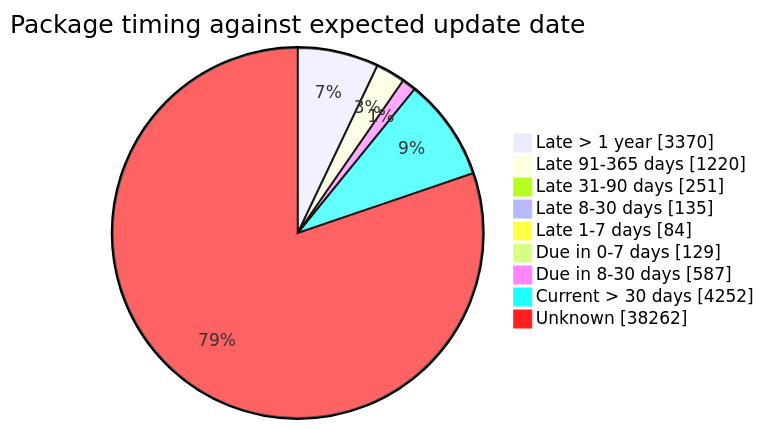
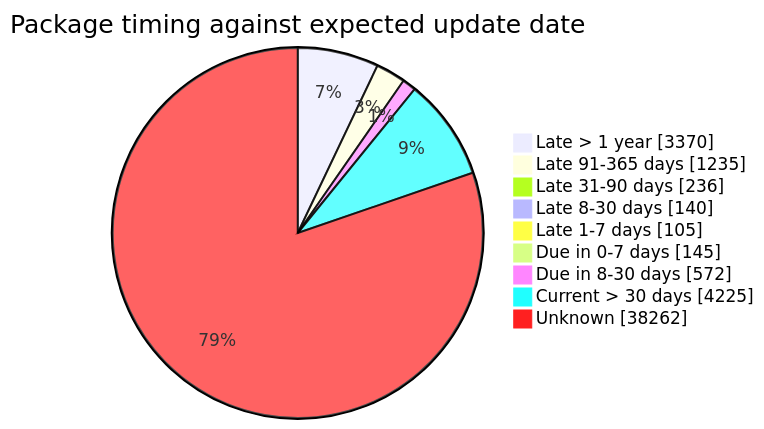
Before and after one commit to open-data/analytics-corporate-reporting: the fourth of 5 diagrams in FreshCheck/README.md, drawn with Mermaid. The commit also changed other lines of this file and 3 other files, not shown here.

````diff
--- a/FreshCheck/README.md
+++ b/FreshCheck/README.md
@@ -86,12 +86,12 @@
 ```mermaid
 pie showData title Package timing against expected update date
     "Late > 1 year": 3370
-    "Late 91-365 days": 1220
-    "Late 31-90 days": 251
-    "Late 8-30 days": 135
-    "Late 1-7 days": 84
-    "Due in 0-7 days": 129
-    "Due in 8-30 days": 587
-    "Current > 30 days": 4252
+    "Late 91-365 days": 1235
+    "Late 31-90 days": 236
+    "Late 8-30 days": 140
+    "Late 1-7 days": 105
+    "Due in 0-7 days": 145
+    "Due in 8-30 days": 572
+    "Current > 30 days": 4225
     "Unknown": 38262
 ```
````
